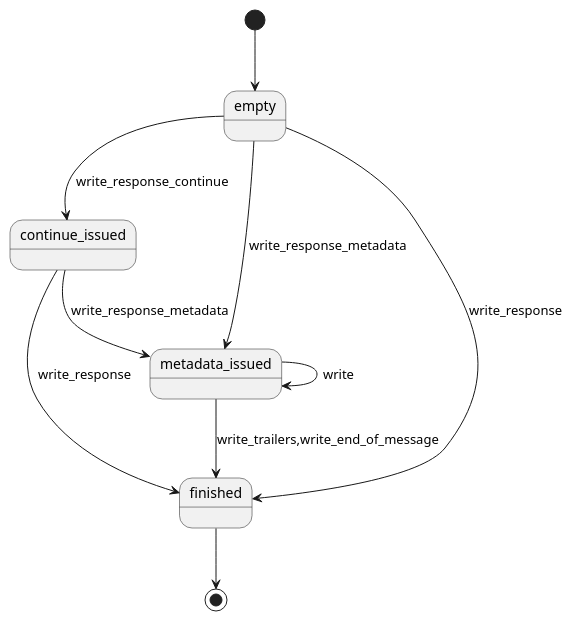
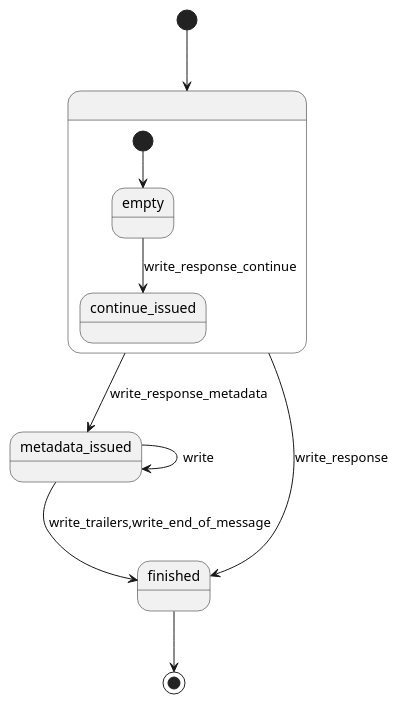
The diagram in doc/ref/write_state.adoc (BoostGSoC14/boost.http), drawn with PlantUML before and after one commit.

Commit message:
Simplify write_state diagram

```diff
--- a/doc/ref/write_state.adoc
+++ b/doc/ref/write_state.adoc
@@ -14,22 +14,25 @@
 [plantuml,write_state]
 ----
 @startuml
-state empty
-state continue_issued
+state " " as empty {
+  state "empty" as iempty
+  state continue_issued
+
+  [*] --> iempty
+
+  iempty --> continue_issued : write_response_continue
+}
 state metadata_issued
 state finished
 
 [*] --> empty
 finished --> [*]
 
-empty --> continue_issued : write_response_continue
 empty --> finished : write_response
 empty --> metadata_issued : write_response_metadata
 
-continue_issued --> metadata_issued : write_response_metadata
-continue_issued --> finished : write_response
 
 metadata_issued --> metadata_issued : write
 metadata_issued --> finished : write_trailers,write_end_of_message
 @enduml
 ----
```
